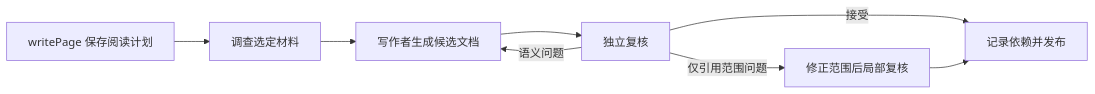
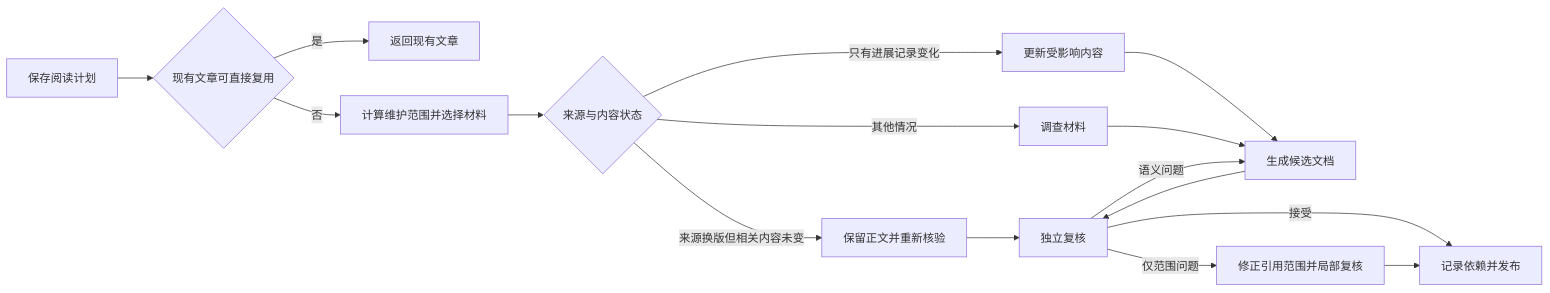
Before and after one commit to lejunyang/omem: the diagram in .repo-review/knowledge/articles/b22d52764b13721657e246604945c1dd1a082a38d3efee3d14e3d808709bcad5.md, drawn with Mermaid. The commit also changed other lines of this file and 13 other files, not shown here.

````diff
--- a/.repo-review/knowledge/articles/b22d52764b13721657e246604945c1dd1a082a38d3efee3d14e3d808709bcad5.md
+++ b/.repo-review/knowledge/articles/b22d52764b13721657e246604945c1dd1a082a38d3efee3d14e3d808709bcad5.md
@@ -19,10 +21,18 @@
 ```mermaid
 flowchart LR
-  A[writePage 保存阅读计划] --> B[调查选定材料]
-  B --> C[写作者生成候选文档]
-  C --> D[独立复核]
-  D -->|接受| E[记录依赖并发布]
-  D -->|语义问题| C
-  D -->|仅引用范围问题| F[修正范围后局部复核]
-  F --> E
+  A[保存阅读计划] --> B{现有文章可直接复用}
+  B -->|是| C[返回现有文章]
+  B -->|否| D[计算维护范围并选择材料]
+  D --> E{来源与内容状态}
+  E -->|来源换版但相关内容未变| F[保留正文并重新核验]
+  E -->|只有进展记录变化| G[更新受影响内容]
+  E -->|其他情况| H[调查材料]
+  G --> I[生成候选文档]
+  H --> I
+  F --> J[独立复核]
+  I --> J
+  J -->|接受| K[记录依赖并发布]
+  J -->|语义问题| I
+  J -->|仅范围问题| L[修正引用范围并局部复核]
+  L --> K
 ```
````
